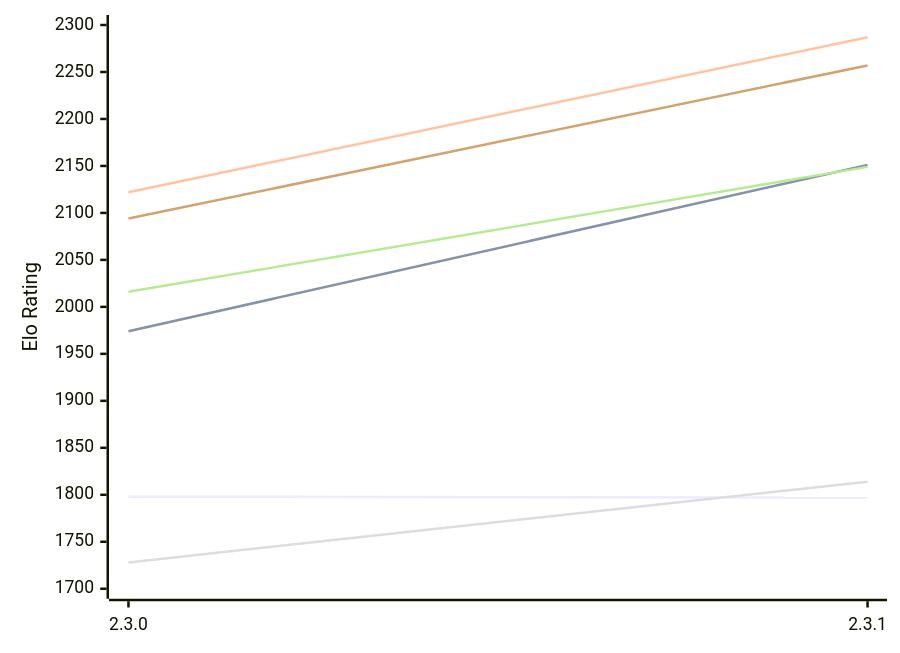
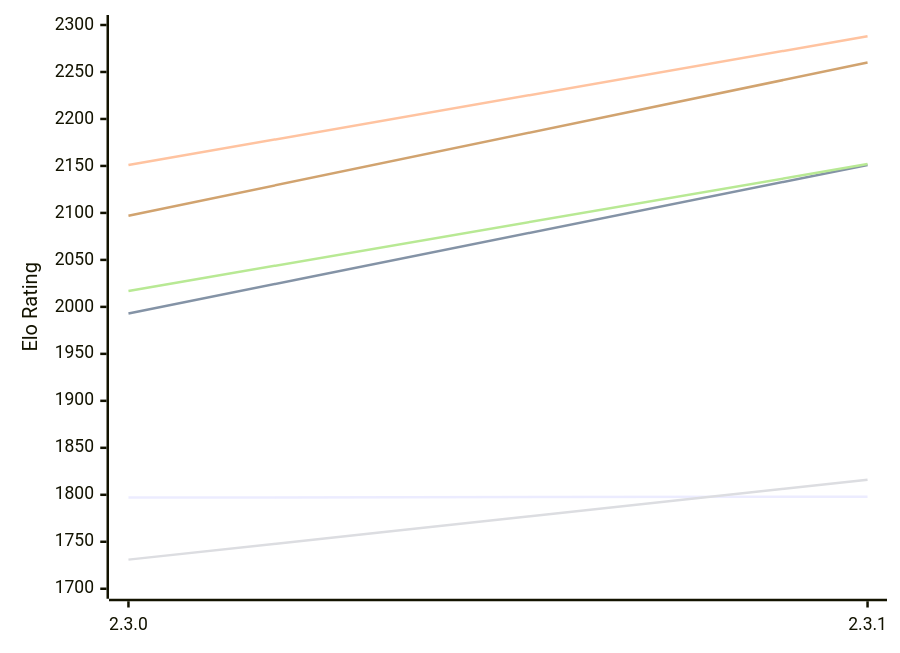
One commit to computer-chess-index/cci changed the first of 2 diagrams in engines/Kreveta.md. Above: the diagram before and after it, drawn with Mermaid. The commit also changed other lines of this file, not shown here.

Commit message:
Update CCI Ratings (ELO VLTC) - 2026-11-24

````diff
--- a/engines/Kreveta.md
+++ b/engines/Kreveta.md
@@ -59,12 +59,12 @@
 ```mermaid
 %%{init: {"theme":"base","themeVariables":{"seriesColors:['#a3a3a3','#222221','#faa371']}}}%%
 xychart-beta
   x-axis ["2.3.0", "2.3.1"]
   y-axis "Elo Rating" 1700 --> 2300
-  line "E1: STC (8.0+0.08s)" [1798, 1797]
-  line "E1: LTC (60.0+0.60s)" [1974, 2151]
-  line "E1: VLTC (2m24s+1.12s)" [2122, 2287]
-  line "P1: STC (8.0+0.08s)" [1728, 1814]
-  line "P1: LTC (60.0+0.60s)" [2016, 2149]
-  line "P1: VLTC (2m24s+1.12s)" [2094, 2257]
+  line "E1: STC (8.0+0.08s)" [1797, 1798]
+  line "E1: LTC (60.0+0.60s)" [1993, 2151]
+  line "E1: VLTC (2m24s+1.12s)" [2151, 2288]
+  line "P1: STC (8.0+0.08s)" [1731, 1816]
+  line "P1: LTC (60.0+0.60s)" [2017, 2152]
+  line "P1: VLTC (2m24s+1.12s)" [2097, 2260]
 ```
````
